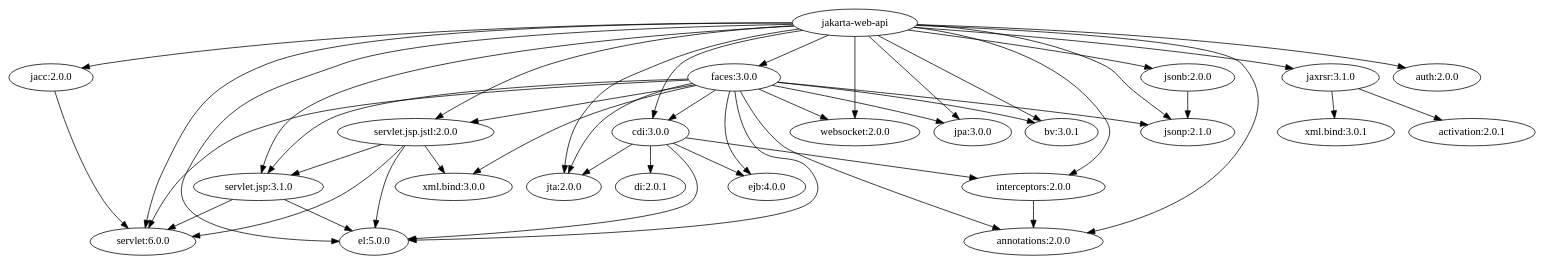
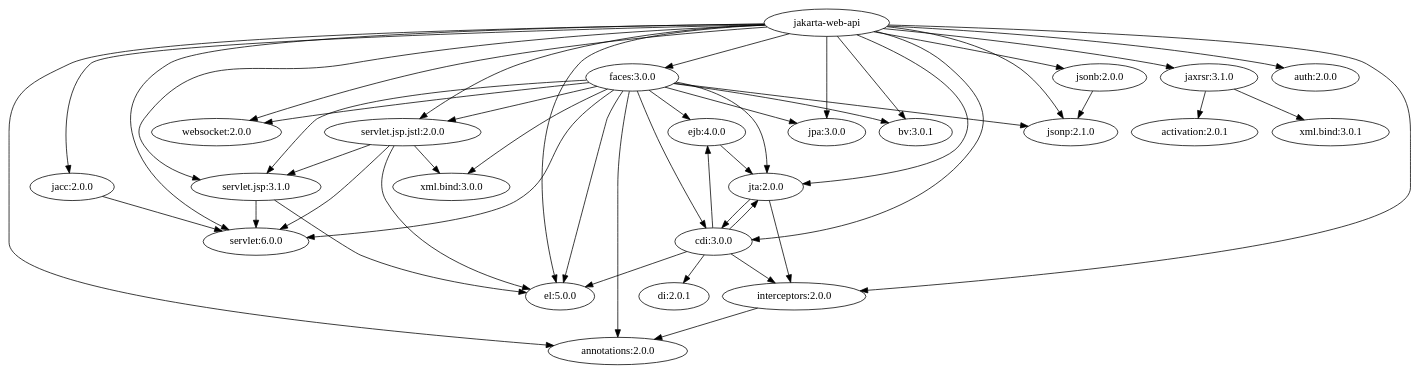
Before and after one commit to jakartaee/platform: the diagram in specification/src/main/asciidoc/web-dependencies.adoc, drawn with Graphviz.

Commit message:
Add ejb, jta child dependencies

```diff
--- a/specification/src/main/asciidoc/web-dependencies.adoc
+++ b/specification/src/main/asciidoc/web-dependencies.adoc
@@ -85,6 +85,13 @@
 # jacc
 jacc -> servlet;
 
+# ejb
+ejb -> jta;
+
+# jta
+jta -> cdi ;
+jta -> interceptors ;
+
 # CDI
 cdi -> el ;
 cdi -> interceptors ;
```
